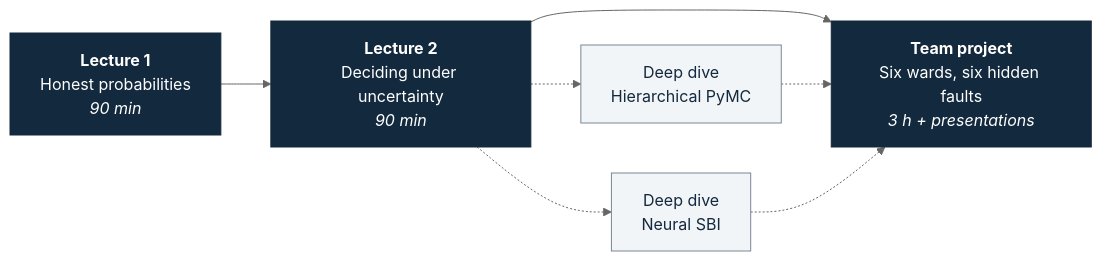
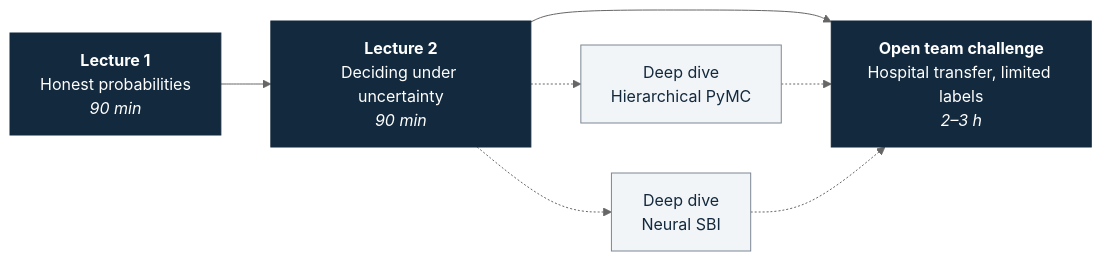
One commit to vafaei-ar/ai-uncertainty-2026-healthcare changed the first of 2 diagrams in README.md. Above: the diagram before and after it, drawn with Mermaid (neutral theme). The commit also changed other lines of this file and 42 other files, not shown here.

````diff
--- a/README.md
+++ b/README.md
@@ -70,19 +70,19 @@
 ```mermaid
 flowchart LR
     L1["<b>Lecture 1</b><br/>Honest probabilities<br/><i>90 min</i>"]
     L2["<b>Lecture 2</b><br/>Deciding under uncertainty<br/><i>90 min</i>"]
-    PR["<b>Team project</b><br/>Six wards, six hidden faults<br/><i>3 h + presentations</i>"]
+    PR["<b>Open team challenge</b><br/>Hospital transfer, limited labels<br/><i>2–3 h</i>"]
     D3["Deep dive<br/>Hierarchical PyMC"]
     D4["Deep dive<br/>Neural SBI"]
 
     L1 --> L2 --> PR
     L2 -.-> D3
     L2 -.-> D4
     D3 -.-> PR
     D4 -.-> PR
 
     classDef main fill:#13293D,stroke:#13293D,color:#FFFFFF
     classDef side fill:#F2F5F7,stroke:#7C8794,color:#13293D
     class L1,L2,PR main
     class D3,D4 side
 ```
````
